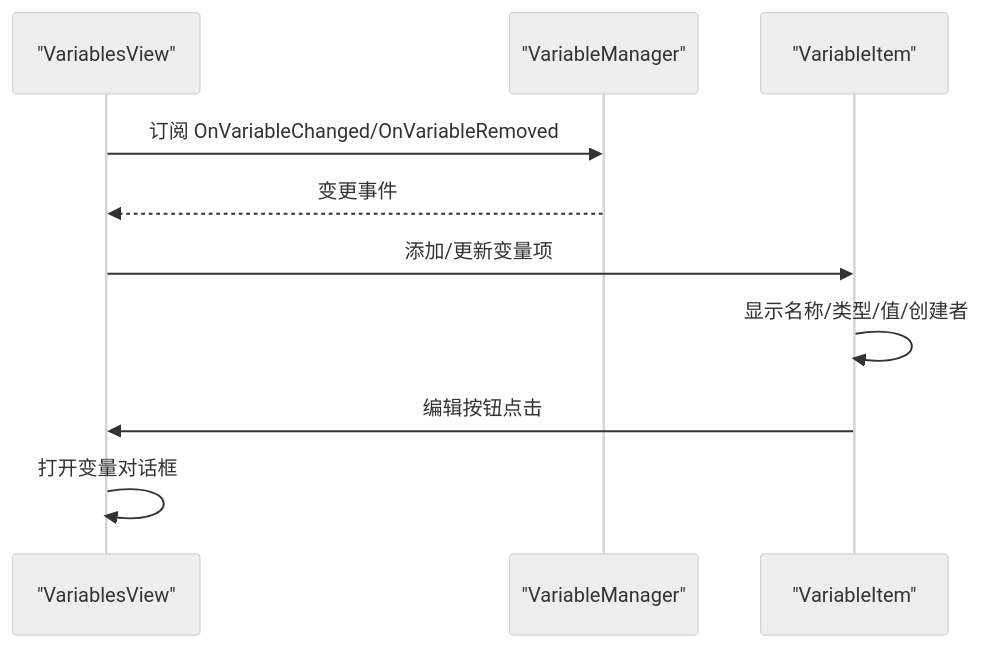
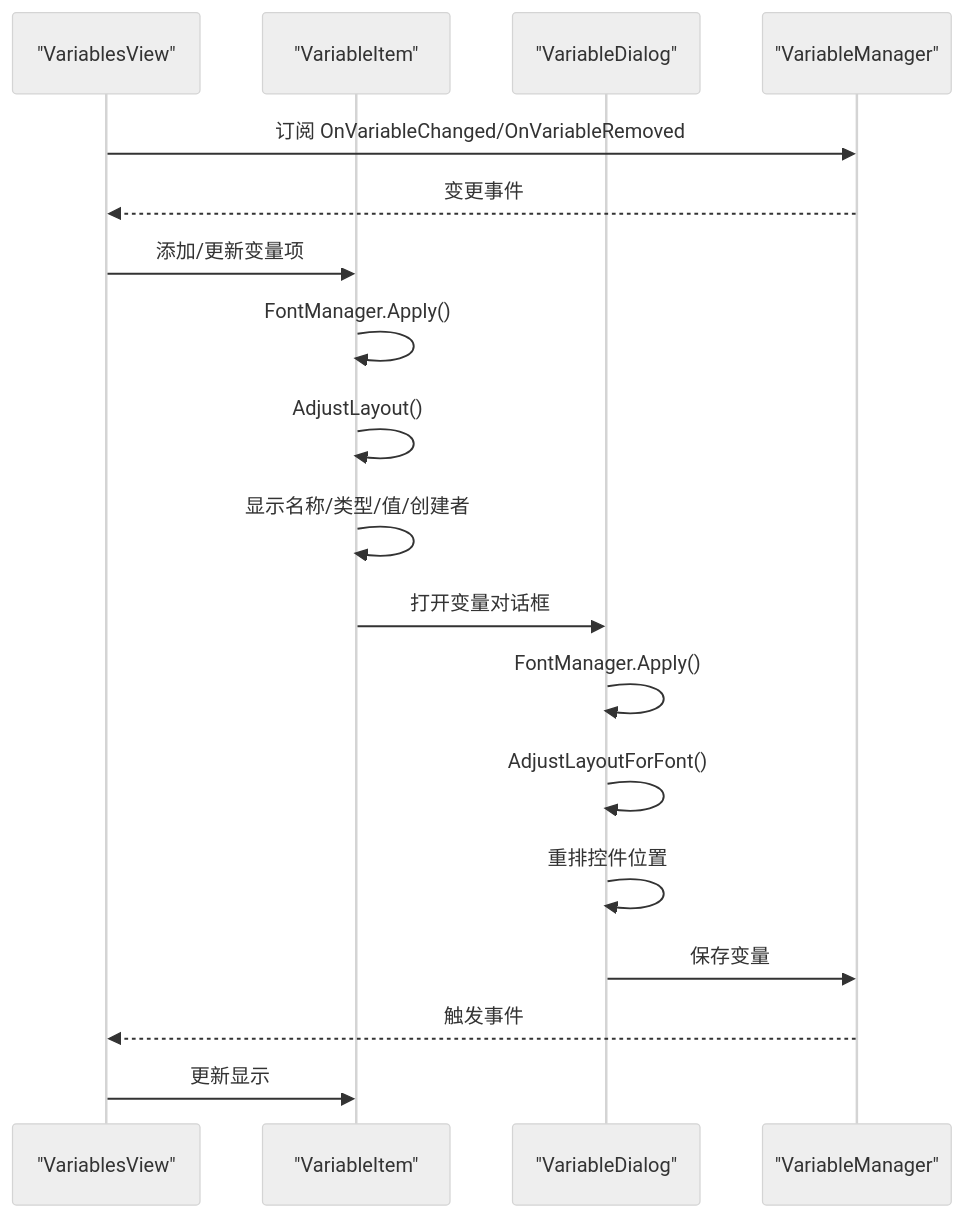
One commit to tea4go/Macro-Deck changed the seventh of 10 diagrams in .qoder/repowiki/zh/content/变量系统/变量系统.md. Above: the diagram before and after it, drawn with Mermaid (neutral theme). The commit also changed other lines of this file and 63 other files, not shown here.

````diff
--- a/.qoder/repowiki/zh/content/变量系统/变量系统.md
+++ b/.qoder/repowiki/zh/content/变量系统/变量系统.md
@@ -264,12 +313,20 @@
 ```mermaid
 sequenceDiagram
 participant View as "VariablesView"
+participant Item as "VariableItem"
+participant Dialog as "VariableDialog"
 participant VM as "VariableManager"
-participant Item as "VariableItem"
 View->>VM : 订阅 OnVariableChanged/OnVariableRemoved
 VM-->>View : 变更事件
 View->>Item : 添加/更新变量项
+Item->>Item : FontManager.Apply()
+Item->>Item : AdjustLayout()
 Item->>Item : 显示名称/类型/值/创建者
-Item->>View : 编辑按钮点击
-View->>View : 打开变量对话框
+Item->>Dialog : 打开变量对话框
+Dialog->>Dialog : FontManager.Apply()
+Dialog->>Dialog : AdjustLayoutForFont()
+Dialog->>Dialog : 重排控件位置
+Dialog->>VM : 保存变量
+VM-->>View : 触发事件
+View->>Item : 更新显示
 ```
````
